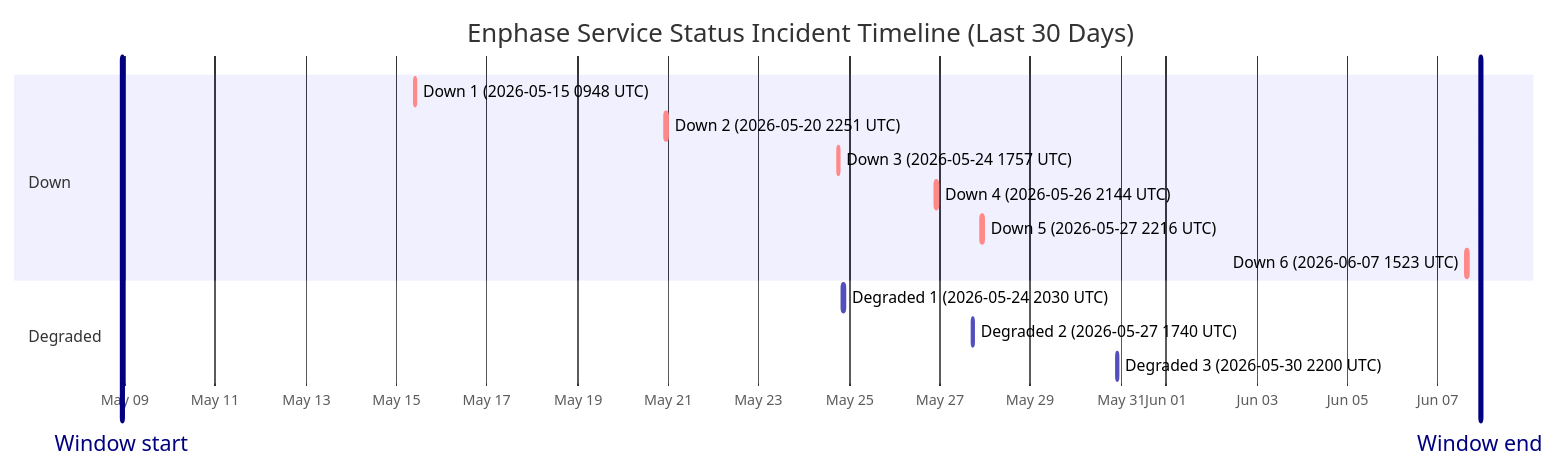
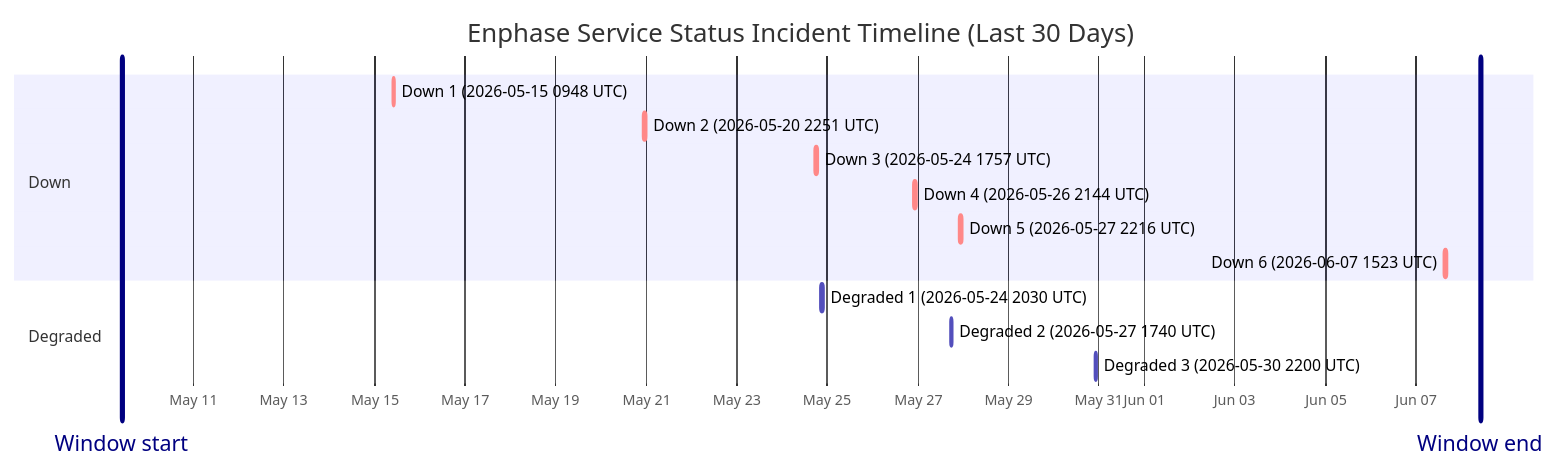
The diagram in wiki/Service-Status-History.md (barneyonline/ha-enphase-energy), drawn with Mermaid before and after one commit. The commit also changed other lines of this file and 3 other files, not shown here.

````diff
--- a/wiki/Service-Status-History.md
+++ b/wiki/Service-Status-History.md
@@ -14,19 +14,19 @@
 ```mermaid
 gantt
     title Enphase Service Status Incident Timeline (Last 30 Days)
     dateFormat  YYYY-MM-DDTHH:mm:ss
     axisFormat  %b %d
-    Window start :vert, window-start, 2026-05-08T22:36:36, 0ms
-    Window end :vert, window-end, 2026-06-07T22:36:36, 0ms
+    Window start :vert, window-start, 2026-05-09T10:02:03, 0ms
+    Window end :vert, window-end, 2026-06-08T10:02:03, 0ms
     section Down
     Down 1 (2026-05-15 0948 UTC) :crit, down-1, 2026-05-15T09:48:18, 60m
     Down 2 (2026-05-20 2251 UTC) :crit, down-2, 2026-05-20T22:51:14, 75m
     Down 3 (2026-05-24 1757 UTC) :crit, down-3, 2026-05-24T17:57:41, 86m
     Down 4 (2026-05-26 2144 UTC) :crit, down-4, 2026-05-26T21:44:11, 85m
     Down 5 (2026-05-27 2216 UTC) :crit, down-5, 2026-05-27T22:16:53, 87m
     Down 6 (2026-06-07 1523 UTC) :crit, down-6, 2026-06-07T15:23:22, 87m
     section Degraded
     Degraded 1 (2026-05-24 2030 UTC) :active, degraded-1, 2026-05-24T20:30:57, 84m
     Degraded 2 (2026-05-27 1740 UTC) :active, degraded-2, 2026-05-27T17:40:52, 60m
     Degraded 3 (2026-05-30 2200 UTC) :active, degraded-3, 2026-05-30T22:00:37, 60m
 ```
````
